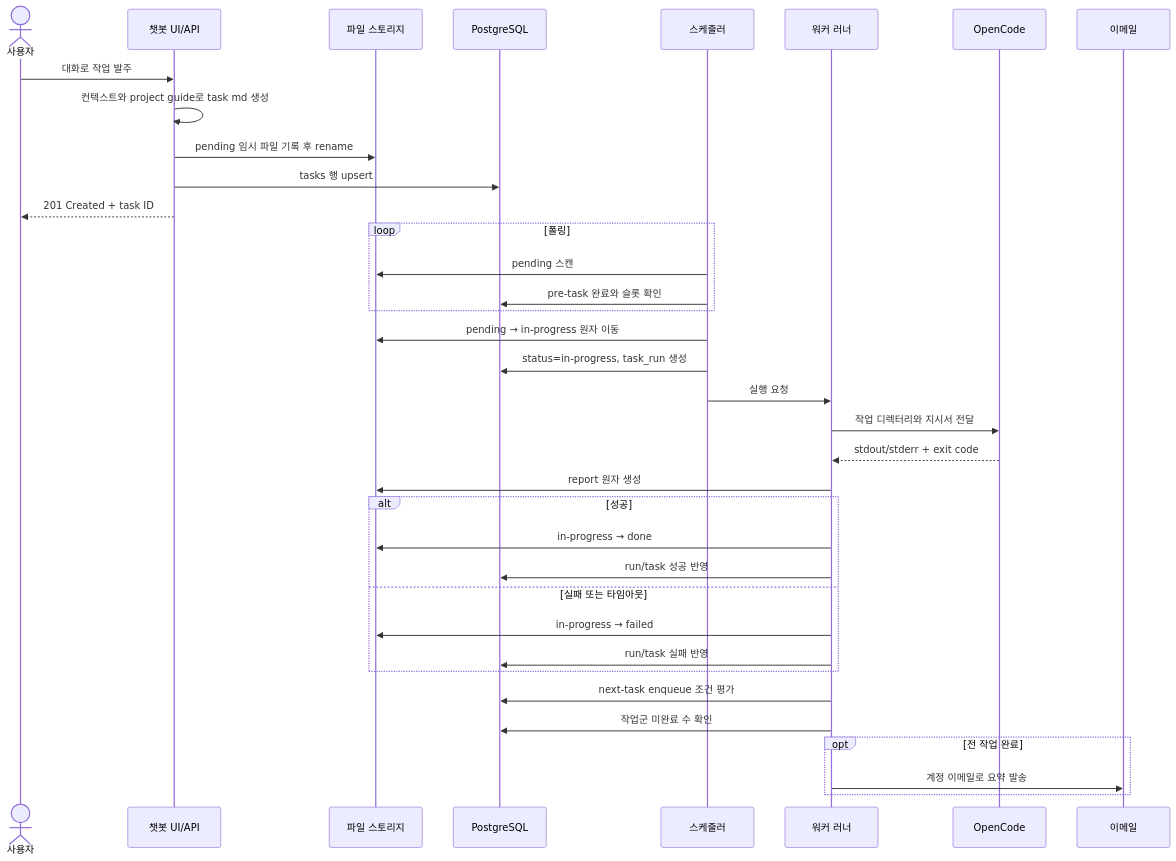
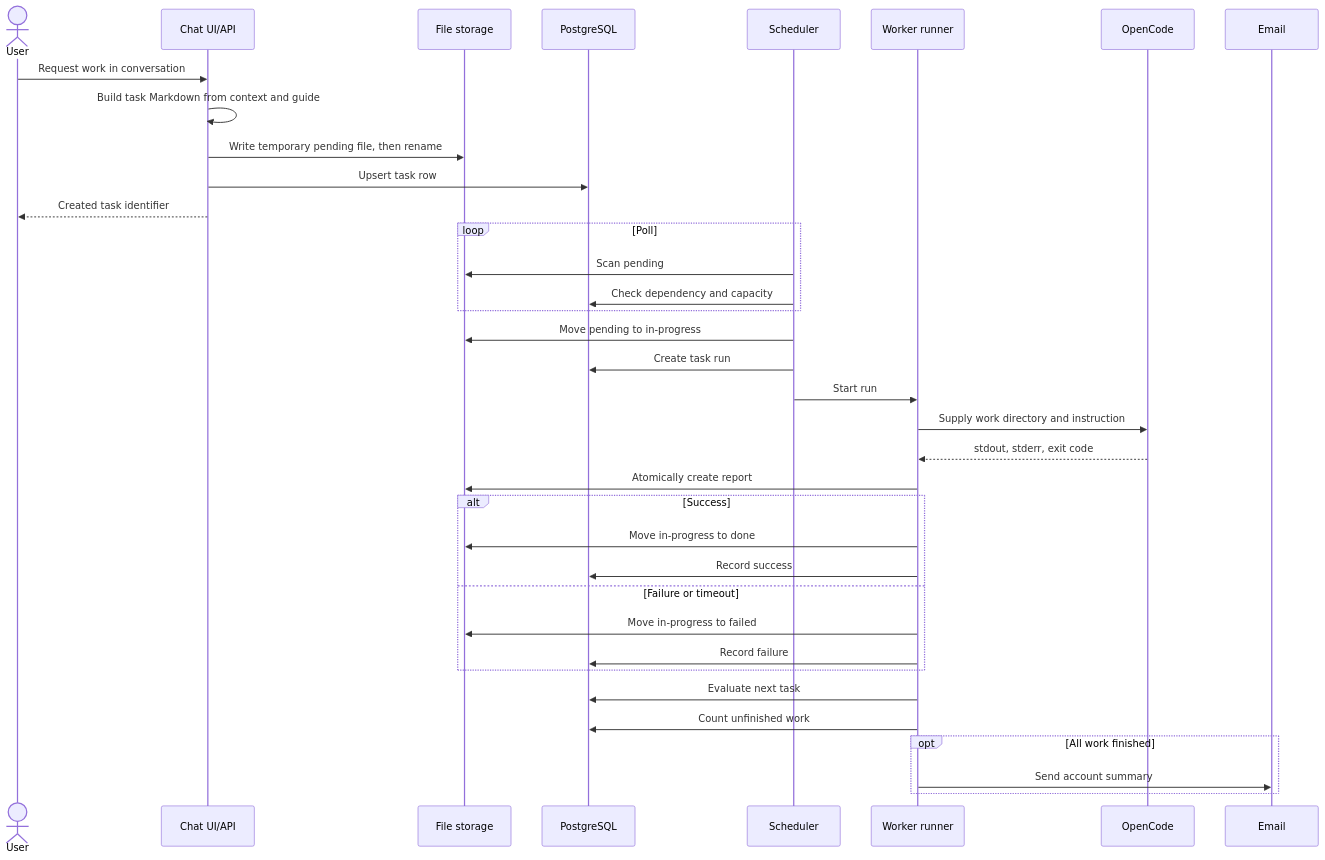
One commit to lisyoen/apms changed the second of 5 diagrams in docs/ARCHITECTURE.md. Above: the diagram before and after it, drawn with Mermaid. The commit also changed other lines of this file and 20 other files, not shown here.

````diff
--- a/docs/ARCHITECTURE.md
+++ b/docs/ARCHITECTURE.md
@@ -59,38 +74,38 @@
 ```mermaid
 sequenceDiagram
-  actor User as 사용자
-  participant Chat as 챗봇 UI/API
-  participant FS as 파일 스토리지
+  actor User
+  participant Chat as Chat UI/API
+  participant FS as File storage
   participant DB as PostgreSQL
-  participant Scheduler as 스케줄러
-  participant Runner as 워커 러너
-  participant OpenCode as OpenCode
-  participant Mail as 이메일
-  User->>Chat: 대화로 작업 발주
-  Chat->>Chat: 컨텍스트와 project guide로 task md 생성
-  Chat->>FS: pending 임시 파일 기록 후 rename
-  Chat->>DB: tasks 행 upsert
-  Chat-->>User: 201 Created + task ID
-  loop 폴링
-    Scheduler->>FS: pending 스캔
-    Scheduler->>DB: pre-task 완료와 슬롯 확인
+  participant Scheduler
+  participant Runner as Worker runner
+  participant OpenCode
+  participant Mail as Email
+  User->>Chat: Request work in conversation
+  Chat->>Chat: Build task Markdown from context and guide
+  Chat->>FS: Write temporary pending file, then rename
+  Chat->>DB: Upsert task row
+  Chat-->>User: Created task identifier
+  loop Poll
+    Scheduler->>FS: Scan pending
+    Scheduler->>DB: Check dependency and capacity
   end
-  Scheduler->>FS: pending → in-progress 원자 이동
-  Scheduler->>DB: status=in-progress, task_run 생성
-  Scheduler->>Runner: 실행 요청
-  Runner->>OpenCode: 작업 디렉터리와 지시서 전달
-  OpenCode-->>Runner: stdout/stderr + exit code
-  Runner->>FS: report 원자 생성
-  alt 성공
-    Runner->>FS: in-progress → done
-    Runner->>DB: run/task 성공 반영
-  else 실패 또는 타임아웃
-    Runner->>FS: in-progress → failed
-    Runner->>DB: run/task 실패 반영
+  Scheduler->>FS: Move pending to in-progress
+  Scheduler->>DB: Create task run
+  Scheduler->>Runner: Start run
+  Runner->>OpenCode: Supply work directory and instruction
+  OpenCode-->>Runner: stdout, stderr, exit code
+  Runner->>FS: Atomically create report
+  alt Success
+    Runner->>FS: Move in-progress to done
+    Runner->>DB: Record success
+  else Failure or timeout
+    Runner->>FS: Move in-progress to failed
+    Runner->>DB: Record failure
   end
-  Runner->>DB: next-task enqueue 조건 평가
-  Runner->>DB: 작업군 미완료 수 확인
-  opt 전 작업 완료
-    Runner->>Mail: 계정 이메일로 요약 발송
+  Runner->>DB: Evaluate next task
+  Runner->>DB: Count unfinished work
+  opt All work finished
+    Runner->>Mail: Send account summary
   end
 ```
````
